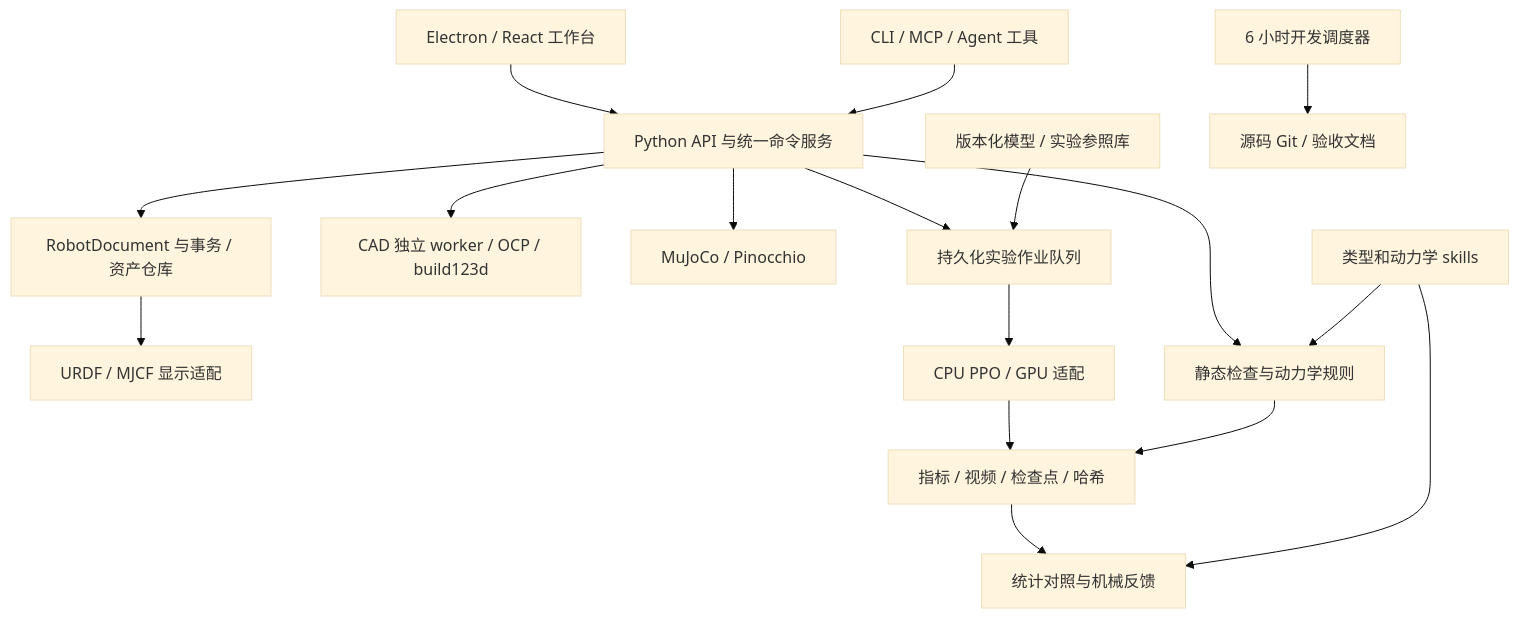
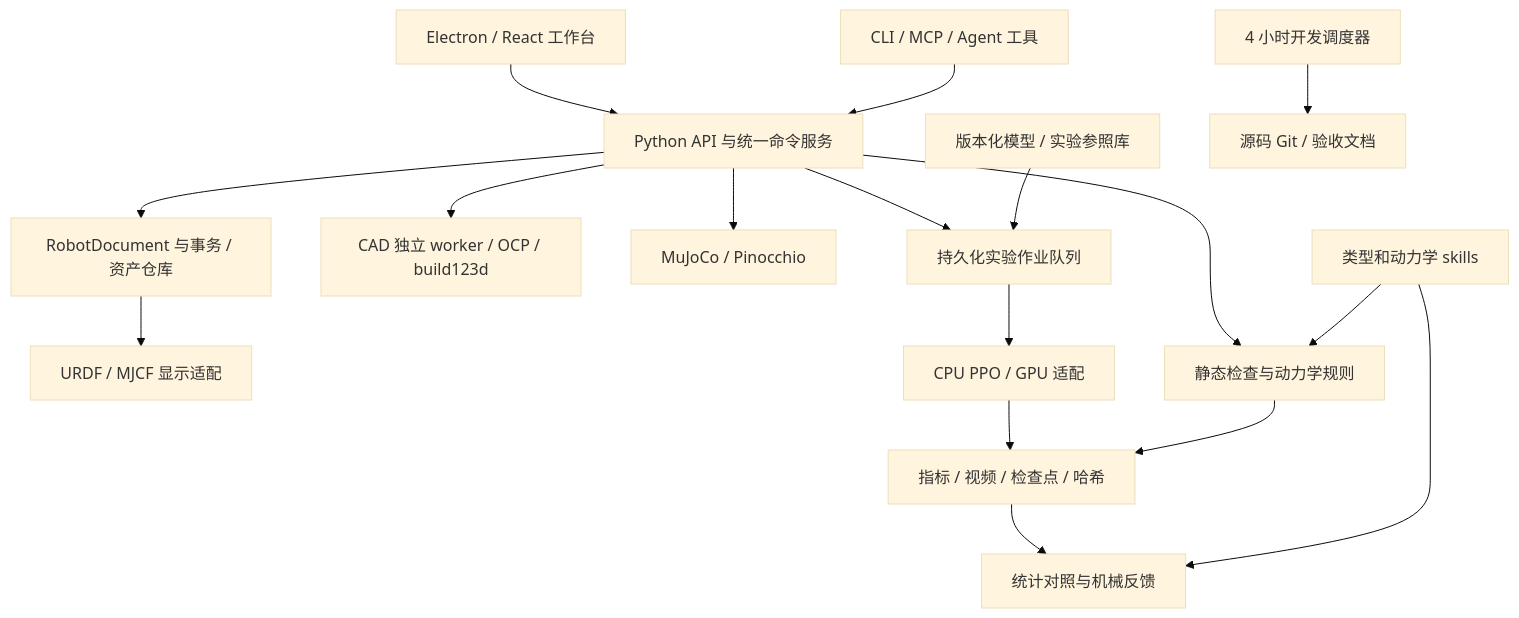
Before and after one commit to qyw23AI/URDFTools: the diagram in docs/ARCHITECTURE.md, drawn with Mermaid (base theme). The commit also changed other lines of this file and 205 other files, not shown here.

````diff
--- a/docs/ARCHITECTURE.md
+++ b/docs/ARCHITECTURE.md
@@ -32,19 +32,19 @@
 ```mermaid
 flowchart TD
   UI[Electron / React 工作台] --> API[Python API 与统一命令服务]
   CLI[CLI / MCP / Agent 工具] --> API
   API --> CORE[RobotDocument 与事务 / 资产仓库]
   CORE --> VIEW[URDF / MJCF 显示适配]
   API --> CAD[CAD 独立 worker / OCP / build123d]
   API --> RULE[静态检查与动力学规则]
   API --> SIM[MuJoCo / Pinocchio]
   API --> JOB[持久化实验作业队列]
   JOB --> RL[CPU PPO / GPU 适配]
   RL --> EVID[指标 / 视频 / 检查点 / 哈希]
   RULE --> EVID
   EVID --> REPORT[统计对照与机械反馈]
   SKILL[类型和动力学 skills] --> RULE
   SKILL --> REPORT
   REF[版本化模型 / 实验参照库] --> JOB
-  DEV[6 小时开发调度器] --> GIT[源码 Git / 验收文档]
+  DEV[4 小时开发调度器] --> GIT[源码 Git / 验收文档]
 ```
````
